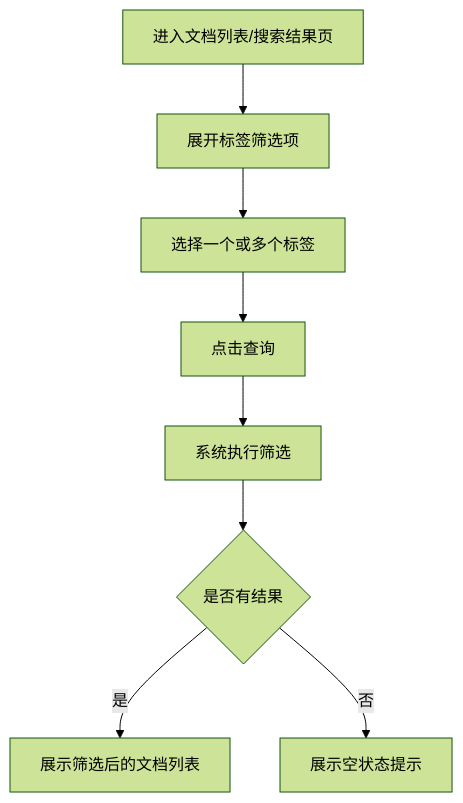
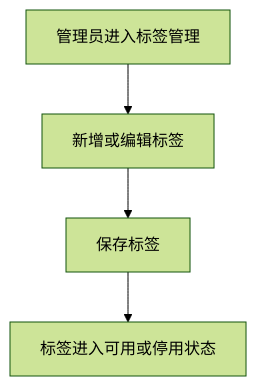
The second of 2 diagrams in examples/label-management-prd.md (ZengMC-22381/ToB_PM_Skill), drawn with Mermaid (forest theme) before and after one commit. The commit also changed other lines of this file and 8 other files, not shown here.

````diff
--- a/examples/label-management-prd.md
+++ b/examples/label-management-prd.md
@@ -363,10 +59,6 @@
 ```mermaid
 flowchart TD
-    A[进入文档列表/搜索结果页] --> B[展开标签筛选项]
-    B --> C[选择一个或多个标签]
-    C --> D[点击查询]
-    D --> E[系统执行筛选]
-    E --> F{是否有结果}
-    F -- 是 --> G[展示筛选后的文档列表]
-    F -- 否 --> H[展示空状态提示]
+    A[管理员进入标签管理] --> B[新增或编辑标签]
+    B --> C[保存标签]
+    C --> D[标签进入可用或停用状态]
 ```
````
